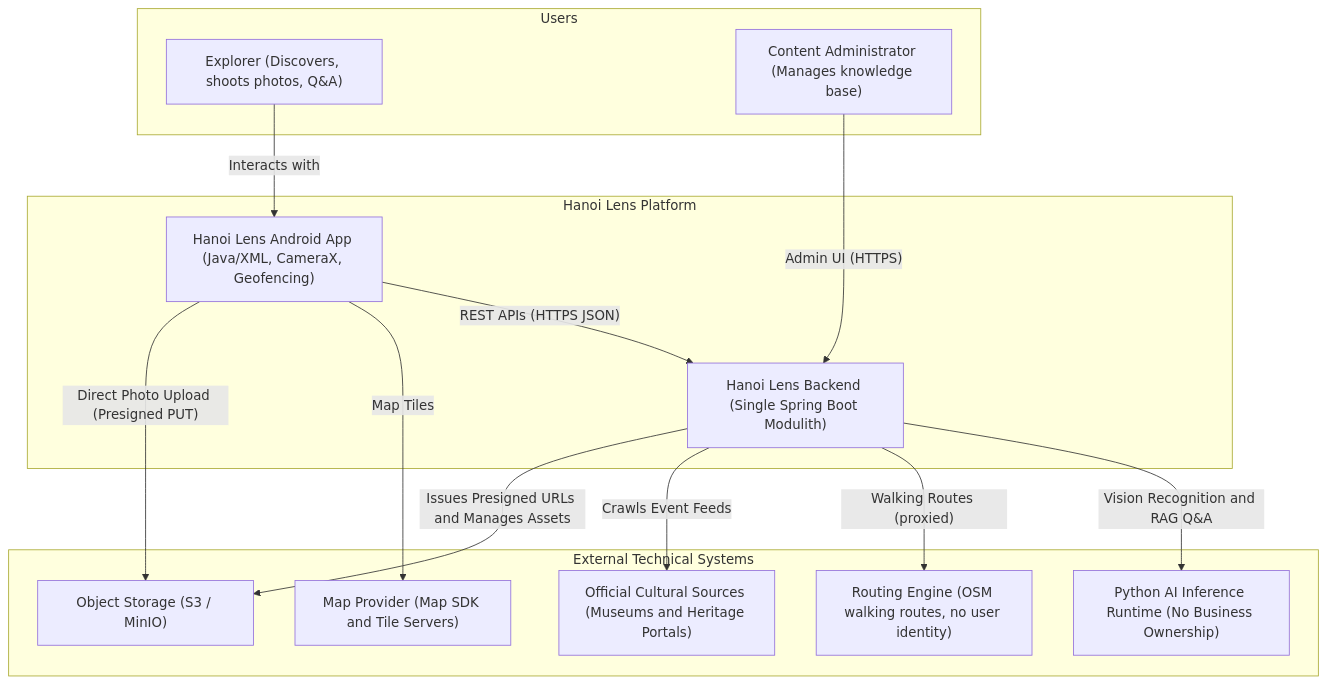
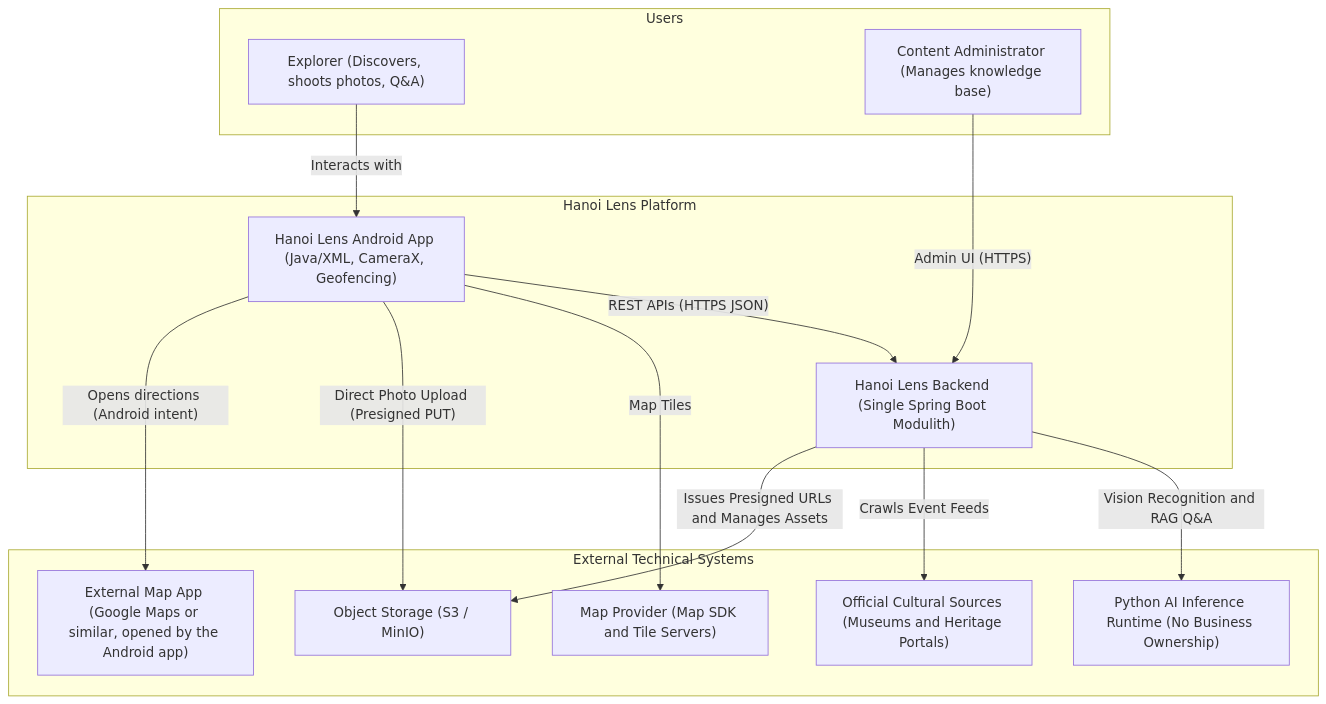
Before and after one commit to NMH1203/HanoiLens: the first of 7 diagrams in docs/ARCHITECTURE.md, drawn with Mermaid. The commit also changed other lines of this file and 18 other files, not shown here.

First line of the commit message:
docs: external map directions (ADR 013), use case diagram, team roles

````diff
--- a/docs/ARCHITECTURE.md
+++ b/docs/ARCHITECTURE.md
@@ -34,30 +34,30 @@
 ```mermaid
 flowchart TD
     subgraph Users["Users"]
         user["Explorer (Discovers, shoots photos, Q&A)"]
         admin["Content Administrator (Manages knowledge base)"]
     end
 
     subgraph HanoiLensSystem["Hanoi Lens Platform"]
         hanoiLensApp["Hanoi Lens Android App (Java/XML, CameraX, Geofencing)"]
         hanoiLensBackend["Hanoi Lens Backend (Single Spring Boot Modulith)"]
     end
 
     subgraph ExternalServices["External Technical Systems"]
         aiInference["Python AI Inference Runtime (No Business Ownership)"]
         mapProvider["Map Provider (Map SDK and Tile Servers)"]
-        routingEngine["Routing Engine (OSM walking routes, no user identity)"]
+        externalMapApp["External Map App (Google Maps or similar, opened by the Android app)"]
         eventSources["Official Cultural Sources (Museums and Heritage Portals)"]
         objectStorage["Object Storage (S3 / MinIO)"]
     end
 
     user -->|"Interacts with"| hanoiLensApp
     admin -->|"Admin UI (HTTPS)"| hanoiLensBackend
     hanoiLensApp -->|"REST APIs (HTTPS JSON)"| hanoiLensBackend
     hanoiLensApp -->|"Map Tiles"| mapProvider
     hanoiLensApp -->|"Direct Photo Upload (Presigned PUT)"| objectStorage
     hanoiLensBackend -->|"Vision Recognition and RAG Q&A"| aiInference
-    hanoiLensBackend -->|"Walking Routes (proxied)"| routingEngine
+    hanoiLensApp -->|"Opens directions (Android intent)"| externalMapApp
     hanoiLensBackend -->|"Crawls Event Feeds"| eventSources
     hanoiLensBackend -->|"Issues Presigned URLs and Manages Assets"| objectStorage
 ```
````
